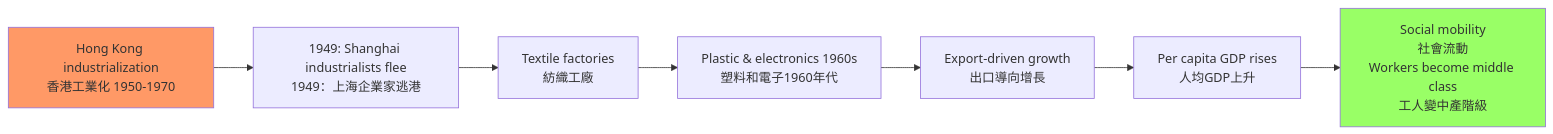
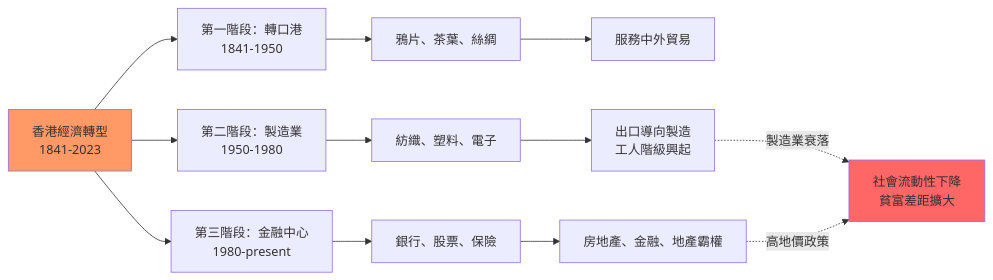
Before and after one commit to yip-lgtm/HKU-Harvard-History-Self-Study: the third of 5 diagrams in 01_HKU_Courses/HIST1017_Modern_Hong_Kong.md, drawn with Mermaid. The commit also changed other lines of this file and 22 other files, not shown here.

````diff
--- a/01_HKU_Courses/HIST1017_Modern_Hong_Kong.md
+++ b/01_HKU_Courses/HIST1017_Modern_Hong_Kong.md
@@ -135,12 +377,21 @@
 ```mermaid
 graph LR
-    A[Hong Kong industrialization<br/>香港工業化 1950-1970] --> B[1949: Shanghai industrialists flee<br/>1949：上海企業家逃港]
-    B --> C[Textile factories<br/>紡織工廠]
-    C --> D[Plastic & electronics 1960s<br/>塑料和電子1960年代]
-    D --> E[Export-driven growth<br/>出口導向增長]
-    E --> F[Per capita GDP rises<br/>人均GDP上升]
-    F --> G[Social mobility<br/>社會流動<br/>Workers become middle class<br/>工人變中產階級]
+    A[香港經濟轉型<br/>1841-2023] --> B[第一階段：轉口港<br/>1841-1950]
+    A --> C[第二階段：製造業<br/>1950-1980]
+    A --> D[第三階段：金融中心<br/>1980-present]
+    
+    B --> B1[鴉片、茶葉、絲綢]
+    B1 --> B2[服務中外貿易]
+    
+    C --> C1[紡織、塑料、電子]
+    C1 --> C2[出口導向製造<br/>工人階級興起]
+    
+    D --> D1[銀行、股票、保險]
+    D1 --> D2[房地產、金融、地產霸權]
+    
+    C2 -.->|製造業衰落| E[社會流動性下降<br/>貧富差距擴大]
+    D2 -.->|高地價政策| E
     
     style A fill:#f96
-    style G fill:#9f6
+    style E fill:#f66
 ```
````
